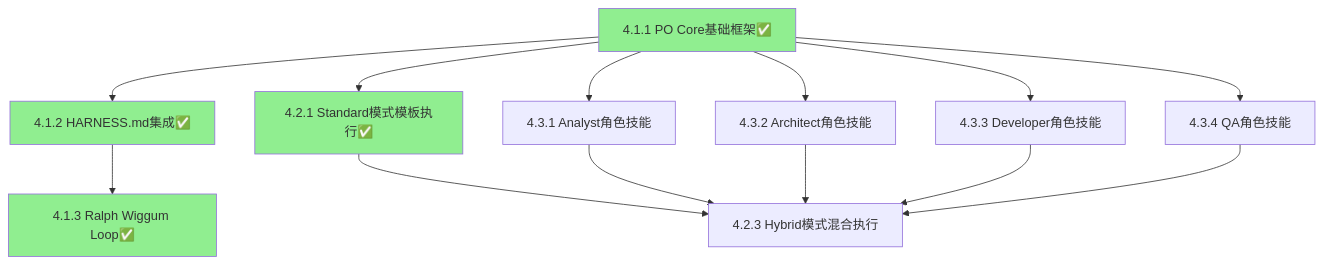
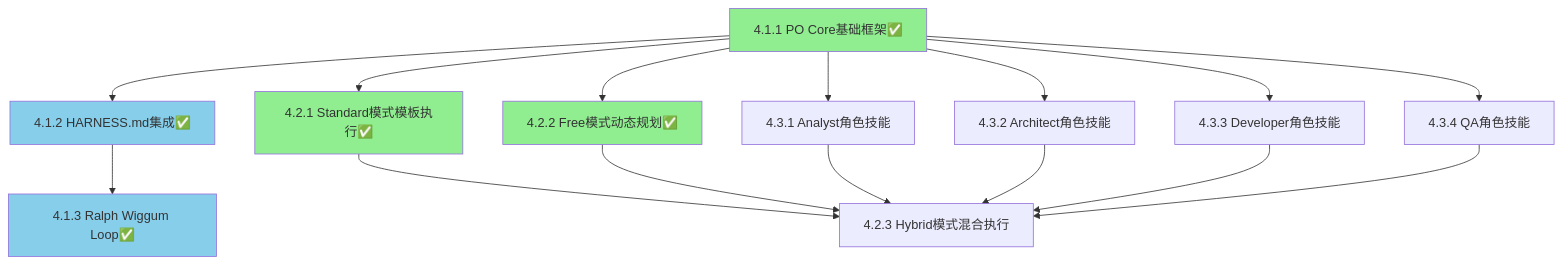
The diagram in openspec/changes/po-system-implementation/README.md (wanghaisheng/openworkhorse), drawn with Mermaid before and after one commit. The commit also changed other lines of this file and 4 other files, not shown here.

````diff
--- a/openspec/changes/po-system-implementation/README.md
+++ b/openspec/changes/po-system-implementation/README.md
@@ -198,20 +200,23 @@
 ```mermaid
 graph TD
     A[4.1.1 PO Core基础框架✅] --> B[4.1.2 HARNESS.md集成✅]
-    B --> H[4.1.3 Ralph Wiggum Loop✅]
-    A --> C[4.2.1 Standard模式模板执行✅]
-    A --> D[4.3.1 Analyst角色技能]
-    A --> E[4.3.2 Architect角色技能]
-    A --> F[4.3.3 Developer角色技能]
-    A --> G[4.3.4 QA角色技能]
-    C --> I[4.2.3 Hybrid模式混合执行]
-    D --> I
-    E --> I
-    F --> I
-    G --> I
+    B --> C[4.1.3 Ralph Wiggum Loop✅]
+    A --> D[4.2.1 Standard模式模板执行✅]
+    A --> E[4.2.2 Free模式动态规划✅]
+    A --> F[4.3.1 Analyst角色技能]
+    A --> G[4.3.2 Architect角色技能]
+    A --> H[4.3.3 Developer角色技能]
+    A --> I[4.3.4 QA角色技能]
+    D --> J[4.2.3 Hybrid模式混合执行]
+    E --> J
+    F --> J
+    G --> J
+    H --> J
+    I --> J
     
     style A fill:#90EE90
-    style B fill:#90EE90
-    style H fill:#90EE90
-    style C fill:#90EE90
+    style B fill:#87CEEB
+    style C fill:#87CEEB
+    style D fill:#90EE90
+    style E fill:#90EE90
 ```
````
